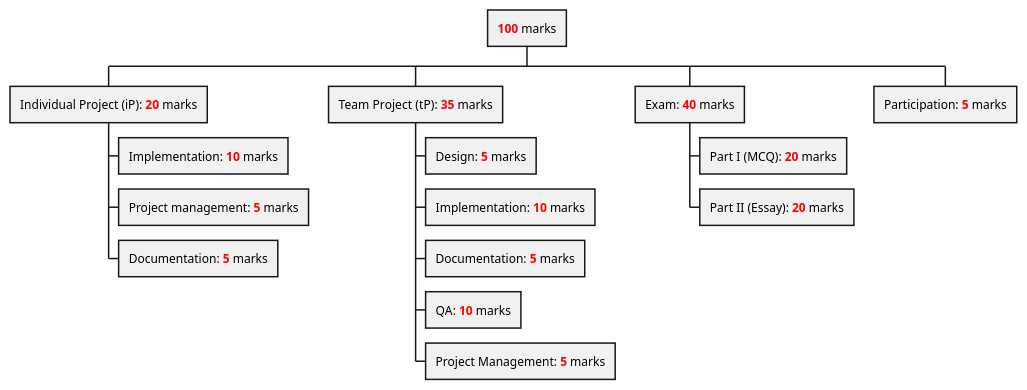
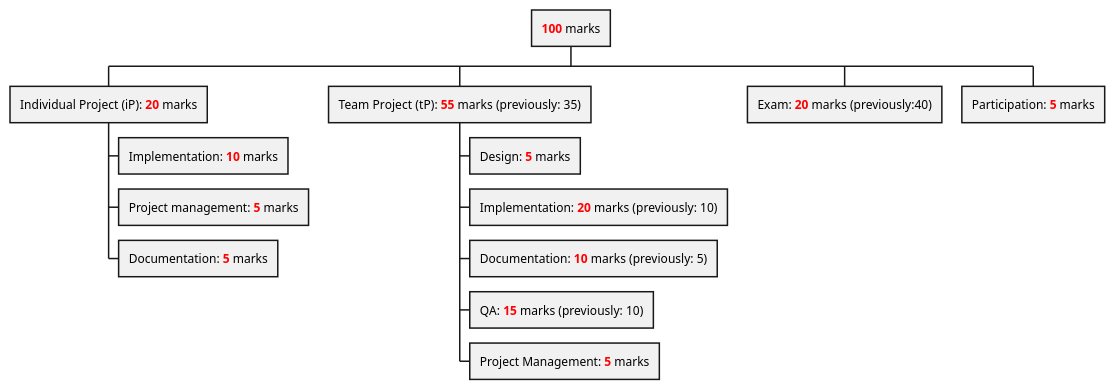
One commit to nus-cs2113-AY1920S2/website changed the diagram in admin/images/grade-breakdown.puml. Above: the diagram before and after it, drawn with PlantUML. The commit also changed 220 other files, not shown here.

```diff
--- a/admin/images/grade-breakdown.puml
+++ b/admin/images/grade-breakdown.puml
@@ -1,18 +1,18 @@
 @startwbs
 skinparam backgroundcolor transparent
 + <b><color:red>100</color></b> marks
  + Individual Project (iP): <b><color:red>20</color></b> marks
   + Implementation: <b><color:red>10</color></b> marks
   + Project management: <b><color:red>5</color></b> marks
   + Documentation: <b><color:red>5</color></b> marks
- + Team Project (tP): <b><color:red>35</color></b> marks
+ + Team Project (tP): <b><color:red>55</color></b> marks (previously: 35)
   + Design: <b><color:red>5</color></b> marks
-  + Implementation: <b><color:red>10</color></b> marks
-  + Documentation: <b><color:red>5</color></b> marks
-  + QA: <b><color:red>10</color></b> marks
+  + Implementation: <b><color:red>20</color></b> marks (previously: 10)
+  + Documentation: <b><color:red>10</color></b> marks (previously: 5)
+  + QA: <b><color:red>15</color></b> marks (previously: 10)
   + Project Management: <b><color:red>5</color></b> marks
- + Exam: <b><color:red>40</color></b> marks
-  + Part I (MCQ): <b><color:red>20</color></b> marks
-  + Part II (Essay): <b><color:red>20</color></b> marks
+ + Exam: <b><color:red>20</color></b> marks (previously:40)
+'  + Part I (MCQ): <b><color:red>20</color></b> marks
+'  + Part II (Essay): <b><color:red>20</color></b> marks
  + Participation: <b><color:red>5</color></b> marks
 @endwbs
```
